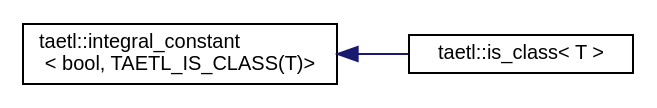
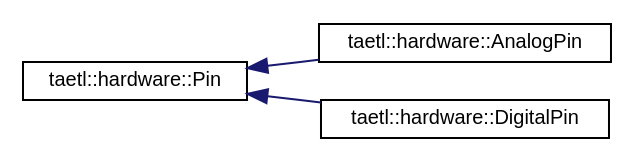
One commit to tobanteAudio/taetl changed the diagram in inherit_graph_7.dot. Above: the diagram before and after it, drawn with Graphviz. The commit also changed 72 other files, not shown here.

```diff
--- a/inherit_graph_7.dot
+++ b/inherit_graph_7.dot
@@ -1,9 +1,11 @@
 digraph "Graphical Class Hierarchy"
 {
   edge [fontname="Helvetica",fontsize="10",labelfontname="Helvetica",labelfontsize="10"];
   node [fontname="Helvetica",fontsize="10",shape=record];
   rankdir="LR";
-  Node0 [label="taetl::integral_constant\l\< bool, TAETL_IS_CLASS(T)\>",height=0.2,width=0.4,color="black", fillcolor="white", style="filled",URL="$structtaetl_1_1integral__constant.html"];
+  Node0 [label="taetl::hardware::Pin",height=0.2,width=0.4,color="black", fillcolor="white", style="filled",URL="$classtaetl_1_1hardware_1_1Pin.html",tooltip="Represents a physical pin on a micro controller. "];
   Node0 -> Node1 [dir="back",color="midnightblue",fontsize="10",style="solid",fontname="Helvetica"];
-  Node1 [label="taetl::is_class\< T \>",height=0.2,width=0.4,color="black", fillcolor="white", style="filled",URL="$structtaetl_1_1is__class.html"];
+  Node1 [label="taetl::hardware::AnalogPin",height=0.2,width=0.4,color="black", fillcolor="white", style="filled",URL="$classtaetl_1_1hardware_1_1AnalogPin.html",tooltip="Represents an analog physical pin on a micro controller. "];
+  Node0 -> Node2 [dir="back",color="midnightblue",fontsize="10",style="solid",fontname="Helvetica"];
+  Node2 [label="taetl::hardware::DigitalPin",height=0.2,width=0.4,color="black", fillcolor="white", style="filled",URL="$classtaetl_1_1hardware_1_1DigitalPin.html",tooltip="Represents a digital physical pin on a micro controller. "];
 }
```
